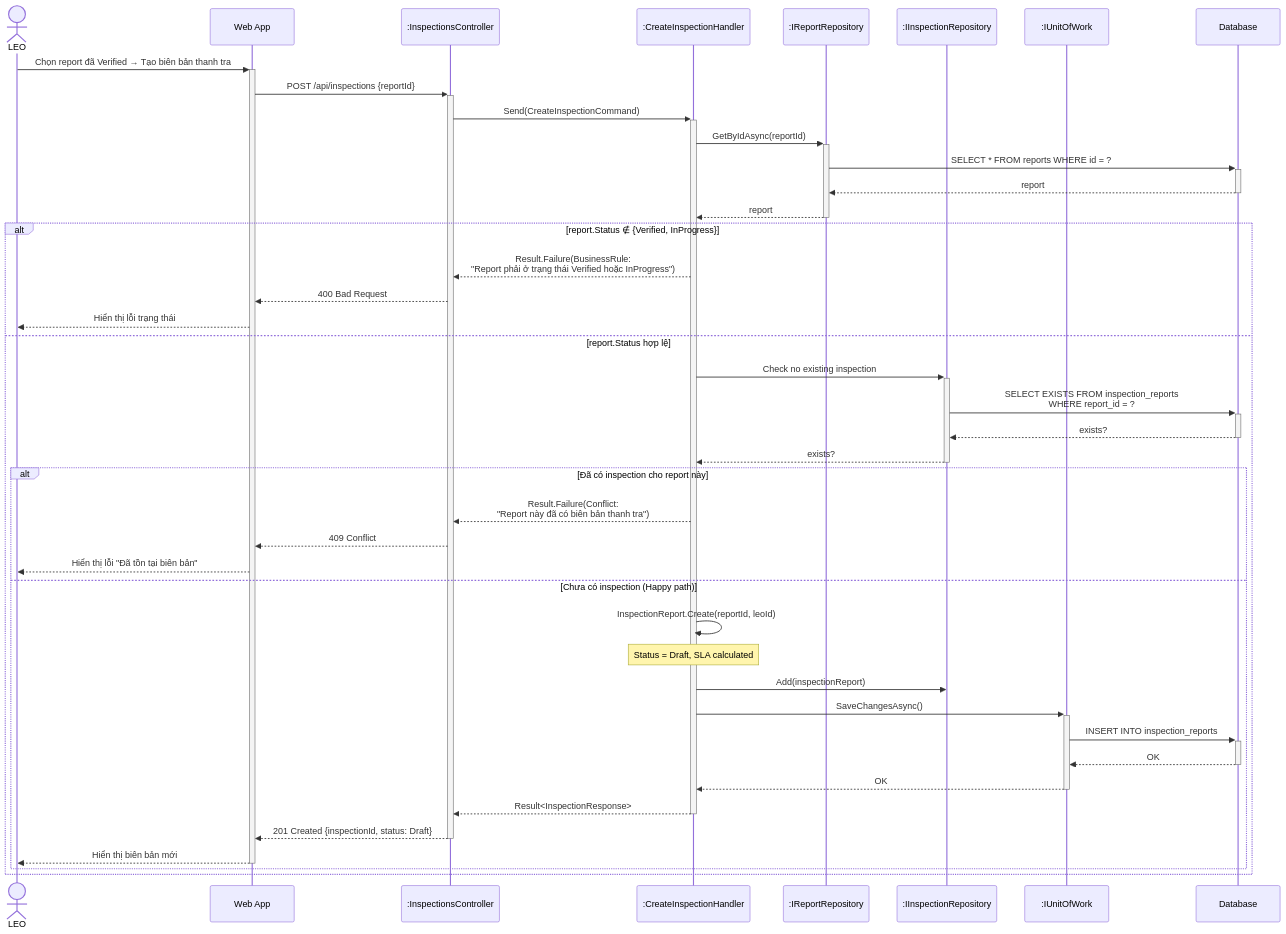
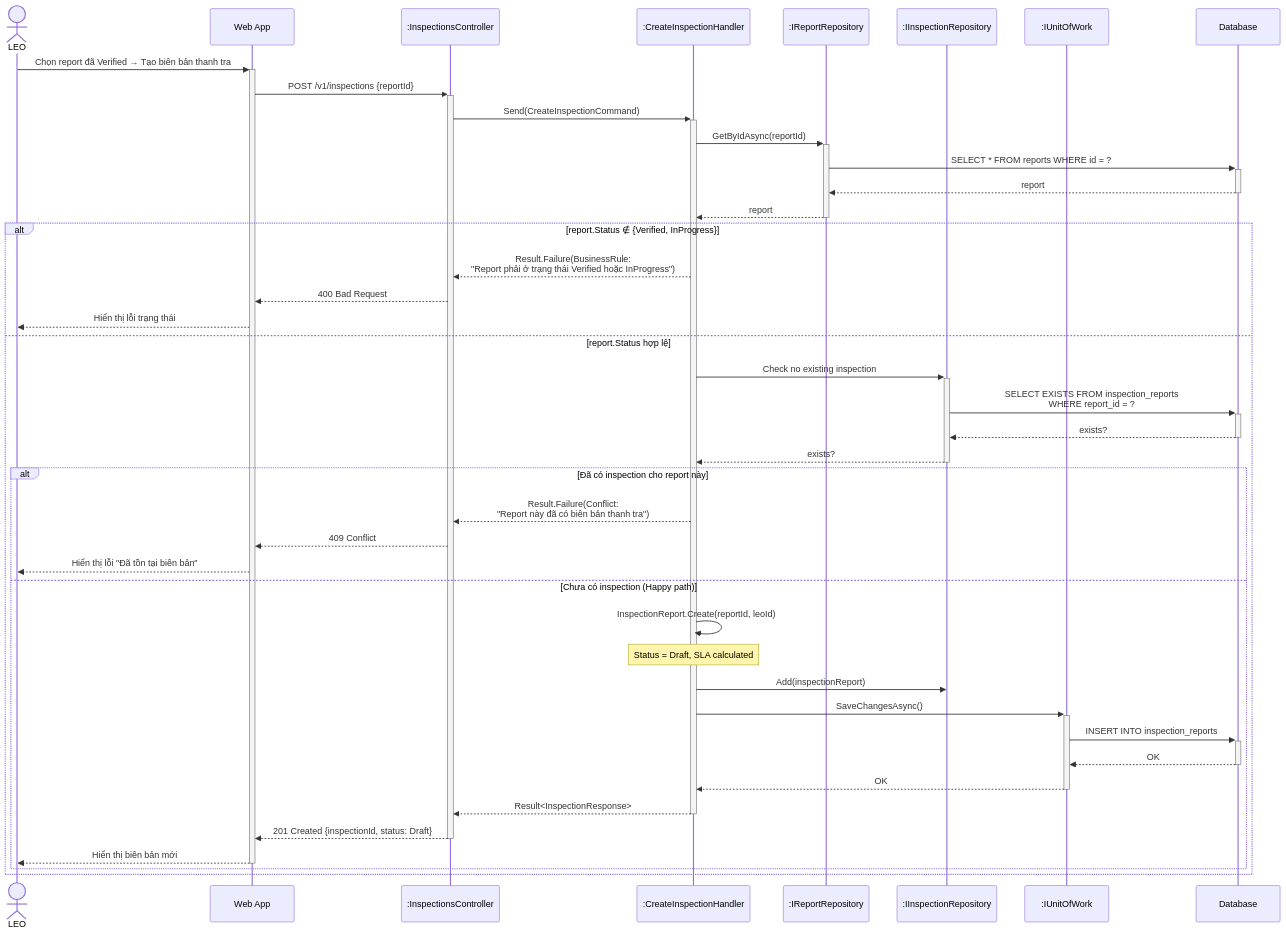
Diagram 13 of 33 in docs/BusinessRule/SEQUENCE_DIAGRAMS.md (Capstonne-Project/greenlens-service), drawn with Mermaid before and after one commit. The commit also changed other lines of this file and 1 other file, not shown here.

Commit message:
chore(docs): change inspection flow sequence and class diagram

````diff
--- a/docs/BusinessRule/SEQUENCE_DIAGRAMS.md
+++ b/docs/BusinessRule/SEQUENCE_DIAGRAMS.md
@@ -775,50 +791,50 @@
 ```mermaid
 sequenceDiagram
     actor LEO
     participant App as Web App
     participant Ctrl as :InspectionsController
     participant Hdl as :CreateInspectionHandler
     participant RptRepo as :IReportRepository
     participant InspRepo as :IInspectionRepository
     participant UoW as :IUnitOfWork
     participant DB as Database
 
     LEO->>+App: Chọn report đã Verified → Tạo biên bản thanh tra
-    App->>+Ctrl: POST /api/inspections {reportId}
+    App->>+Ctrl: POST /v1/inspections {reportId}
     Ctrl->>+Hdl: Send(CreateInspectionCommand)
 
     Hdl->>+RptRepo: GetByIdAsync(reportId)
     RptRepo->>+DB: SELECT * FROM reports WHERE id = ?
     DB-->>-RptRepo: report
     RptRepo-->>-Hdl: report
 
     alt report.Status ∉ {Verified, InProgress}
         Hdl-->>Ctrl: Result.Failure(BusinessRule:<br/>"Report phải ở trạng thái Verified hoặc InProgress")
         Ctrl-->>App: 400 Bad Request
         App-->>LEO: Hiển thị lỗi trạng thái
     else report.Status hợp lệ
         Hdl->>+InspRepo: Check no existing inspection
         InspRepo->>+DB: SELECT EXISTS FROM inspection_reports<br/>WHERE report_id = ?
         DB-->>-InspRepo: exists?
         InspRepo-->>-Hdl: exists?
 
         alt Đã có inspection cho report này
             Hdl-->>Ctrl: Result.Failure(Conflict:<br/>"Report này đã có biên bản thanh tra")
             Ctrl-->>App: 409 Conflict
             App-->>LEO: Hiển thị lỗi "Đã tồn tại biên bản"
         else Chưa có inspection (Happy path)
             Hdl->>Hdl: InspectionReport.Create(reportId, leoId)
             Note over Hdl: Status = Draft, SLA calculated
             Hdl->>InspRepo: Add(inspectionReport)
 
             Hdl->>+UoW: SaveChangesAsync()
             UoW->>+DB: INSERT INTO inspection_reports
             DB-->>-UoW: OK
             UoW-->>-Hdl: OK
 
             Hdl-->>-Ctrl: Result<InspectionResponse>
             Ctrl-->>-App: 201 Created {inspectionId, status: Draft}
             App-->>-LEO: Hiển thị biên bản mới
         end
     end
 ```
````
